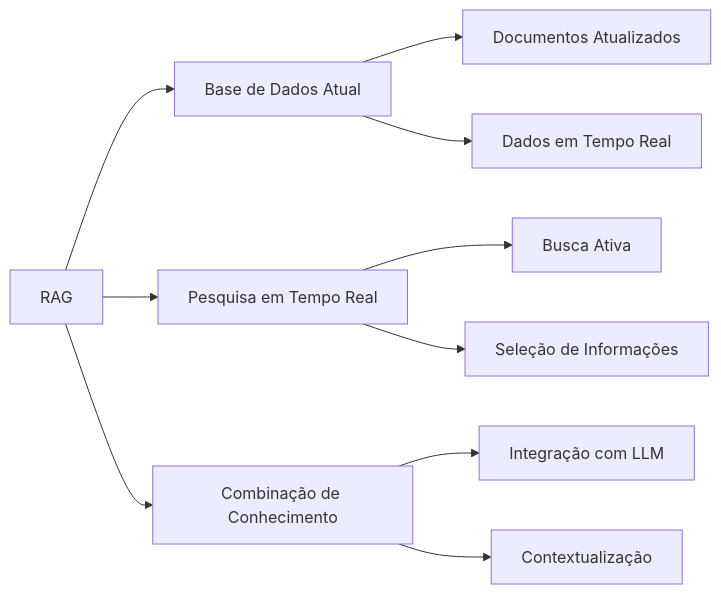
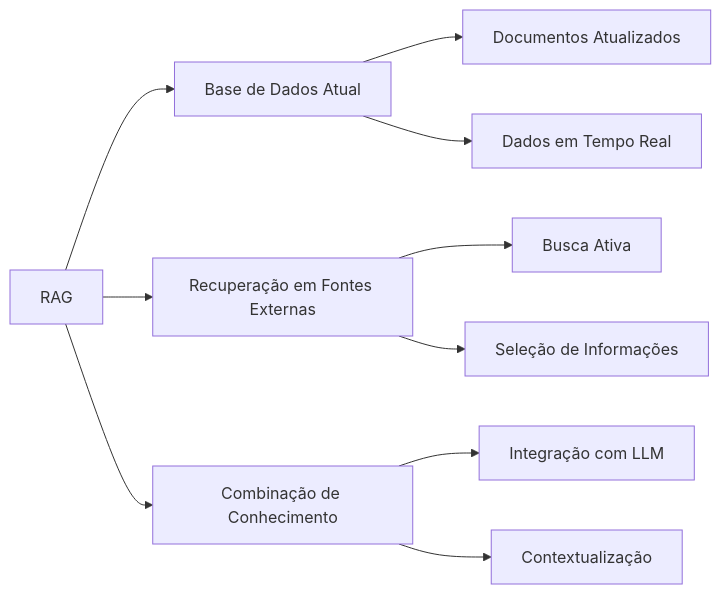
The second of 6 diagrams in blog/content/post/rag.md (scovl/scovl.github.io), drawn with Mermaid before and after one commit. The commit also changed other lines of this file and 52 other files, not shown here.

````diff
--- a/blog/content/post/rag.md
+++ b/blog/content/post/rag.md
@@ -44,15 +44,15 @@
 ```mermaid
 graph LR
     A[RAG] --> B[Base de Dados Atual]
-    A --> C[Pesquisa em Tempo Real]
+    A --> C[Recuperação em Fontes Externas]
     A --> D[Combinação de Conhecimento]
     
     B --> E[Documentos Atualizados]
     B --> F[Dados em Tempo Real]
     
     C --> G[Busca Ativa]
     C --> H[Seleção de Informações]
     
     D --> I[Integração com LLM]
     D --> J[Contextualização]
 ```
````
